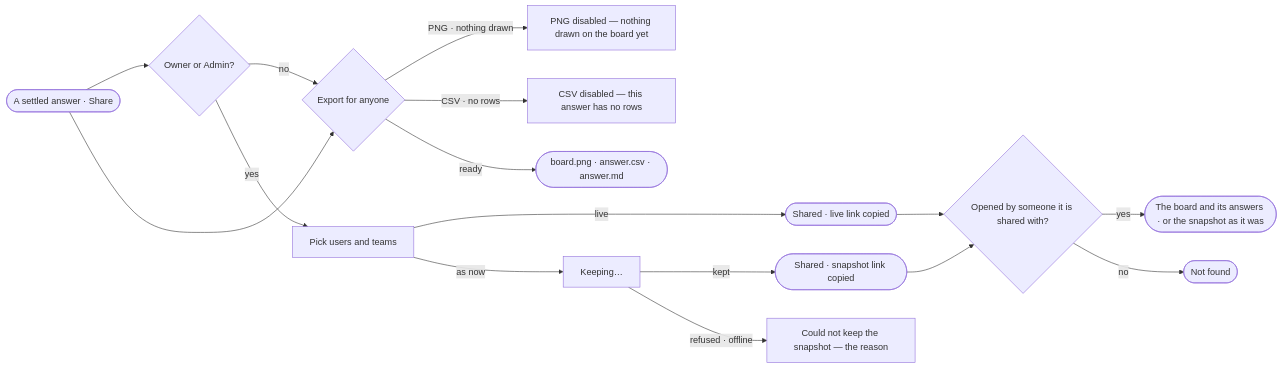
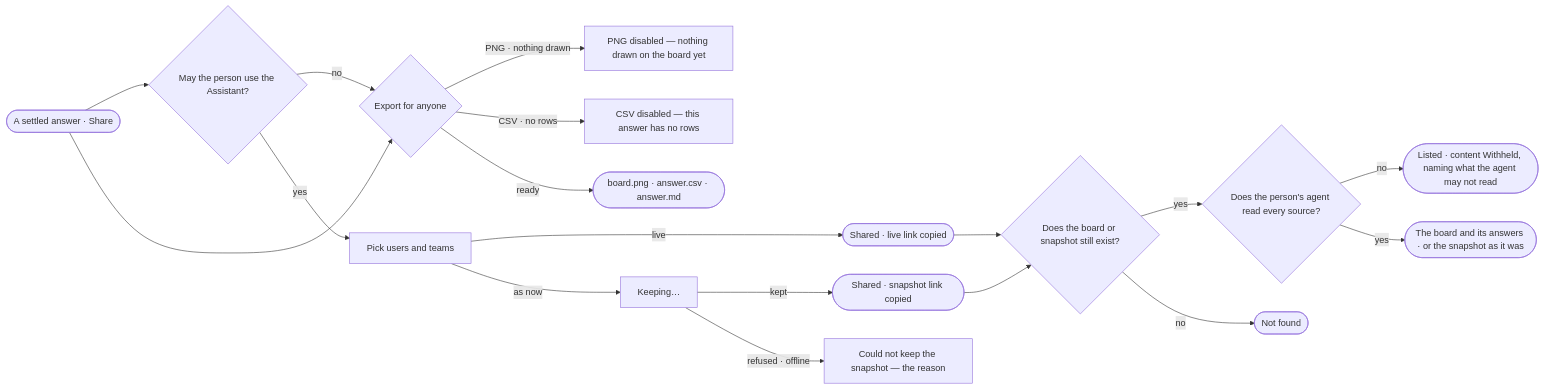
Before and after one commit to invana/invana: the diagram in specs/capabilities/explore/features/EX-F02-share-and-present-an-answer/stories/EX-15-share-an-answer/story.md, drawn with Mermaid. The commit also changed other lines of this file and 300 other files, not shown here.

````diff
--- a/specs/capabilities/explore/features/EX-F02-share-and-present-an-answer/stories/EX-15-share-an-answer/story.md
+++ b/specs/capabilities/explore/features/EX-F02-share-and-present-an-answer/stories/EX-15-share-an-answer/story.md
@@ -27,18 +29,20 @@
 ```mermaid
 flowchart LR
-  a([A settled answer · Share]) --> own{Owner or Admin?}
+  a([A settled answer · Share]) --> own{May the person use the Assistant?}
   own -->|no| ex
   own -->|yes| w["Pick users and teams"]
   w -->|live| l(["Shared · live link copied"])
   w -->|as now| k["Keeping…"]
   k -->|kept| s(["Shared · snapshot link copied"])
   k -->|refused · offline| f["Could not keep the snapshot — the reason"]
   a --> ex{Export for anyone}
   ex -->|PNG · nothing drawn| p0["PNG disabled — nothing drawn on the board yet"]
   ex -->|CSV · no rows| c0["CSV disabled — this answer has no rows"]
   ex -->|ready| file(["board.png · answer.csv · answer.md"])
-  l --> o{Opened by someone it is shared with?}
+  l --> o{Does the board or snapshot still exist?}
   s --> o
-  o -->|yes| seen([The board and its answers · or the snapshot as it was])
+  o -->|yes| lin{Does the person's agent read every source?}
+  lin -->|no| red([Listed · content Withheld, naming what the agent may not read])
+  lin -->|yes| seen([The board and its answers · or the snapshot as it was])
   o -->|no| nf([Not found])
 ```
````
